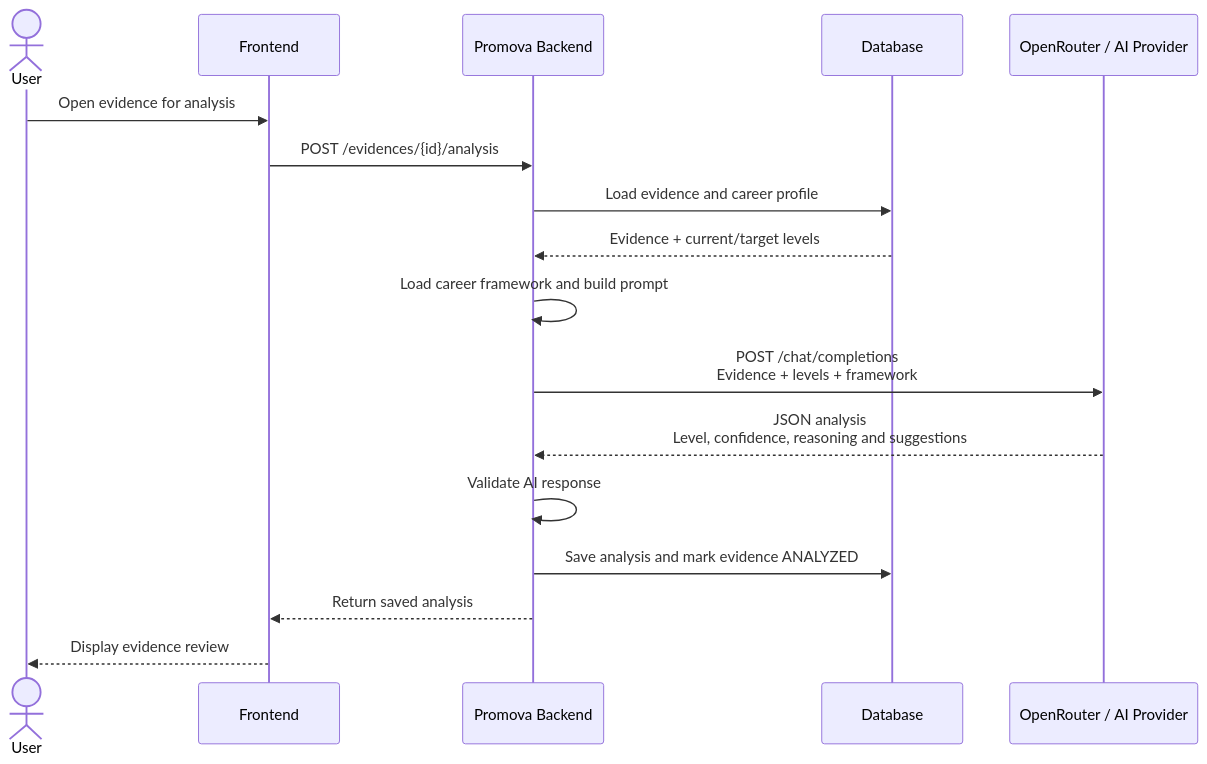
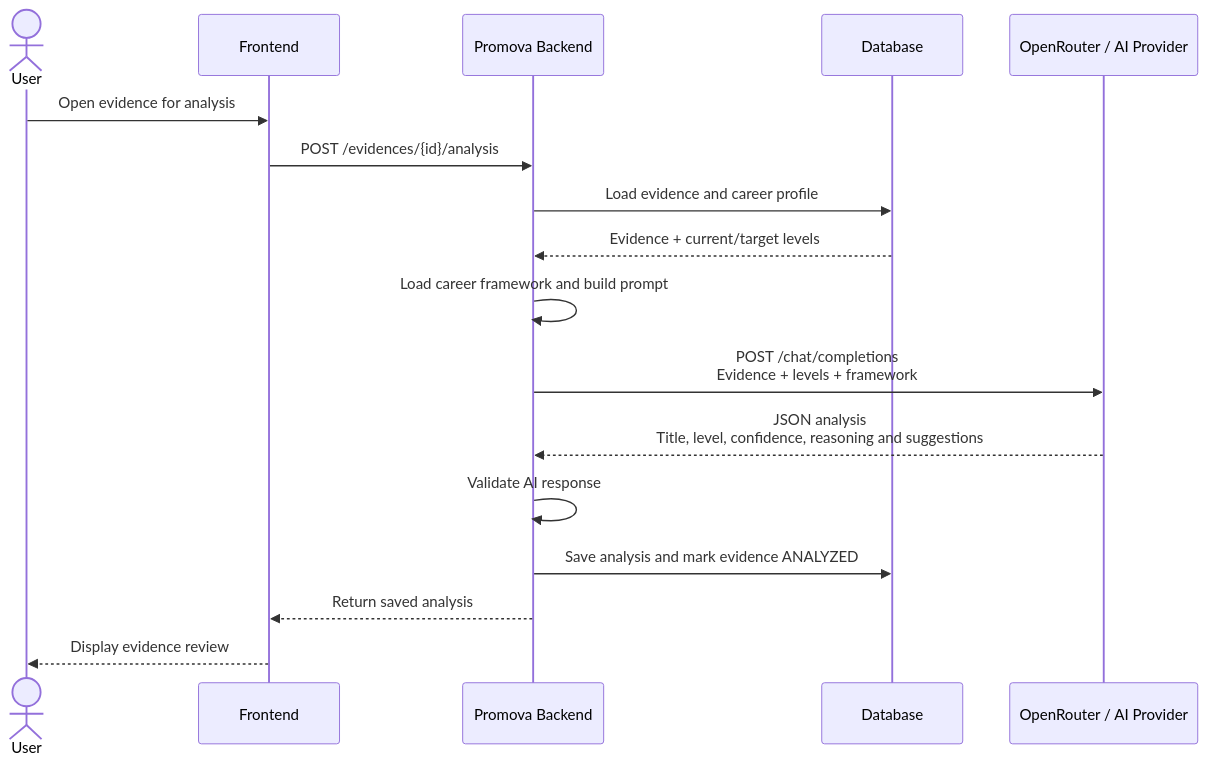
The diagram in README.md (PromovaGD/Promova), drawn with Mermaid before and after one commit. The commit also changed other lines of this file and 290 other files, not shown here.

````diff
--- a/README.md
+++ b/README.md
@@ -84,25 +87,25 @@
 ```mermaid
 sequenceDiagram
     actor User
     participant UI as Frontend
     participant API as Promova Backend
     participant DB as Database
     participant AI as OpenRouter / AI Provider
 
     User->>UI: Open evidence for analysis
     UI->>API: POST /evidences/{id}/analysis
 
     API->>DB: Load evidence and career profile
     DB-->>API: Evidence + current/target levels
 
     API->>API: Load career framework and build prompt
 
     API->>AI: POST /chat/completions<br/>Evidence + levels + framework
-    AI-->>API: JSON analysis<br/>Level, confidence, reasoning and suggestions
+    AI-->>API: JSON analysis<br/>Title, level, confidence, reasoning and suggestions
 
     API->>API: Validate AI response
     API->>DB: Save analysis and mark evidence ANALYZED
 
     API-->>UI: Return saved analysis
     UI-->>User: Display evidence review
 ```
````
